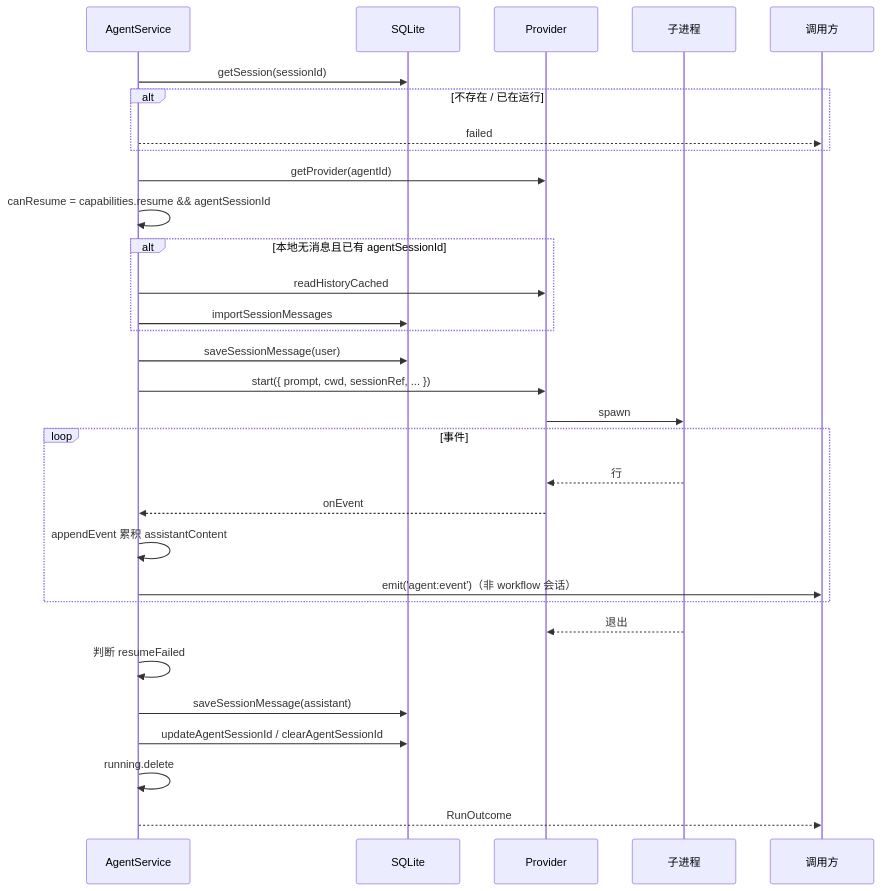
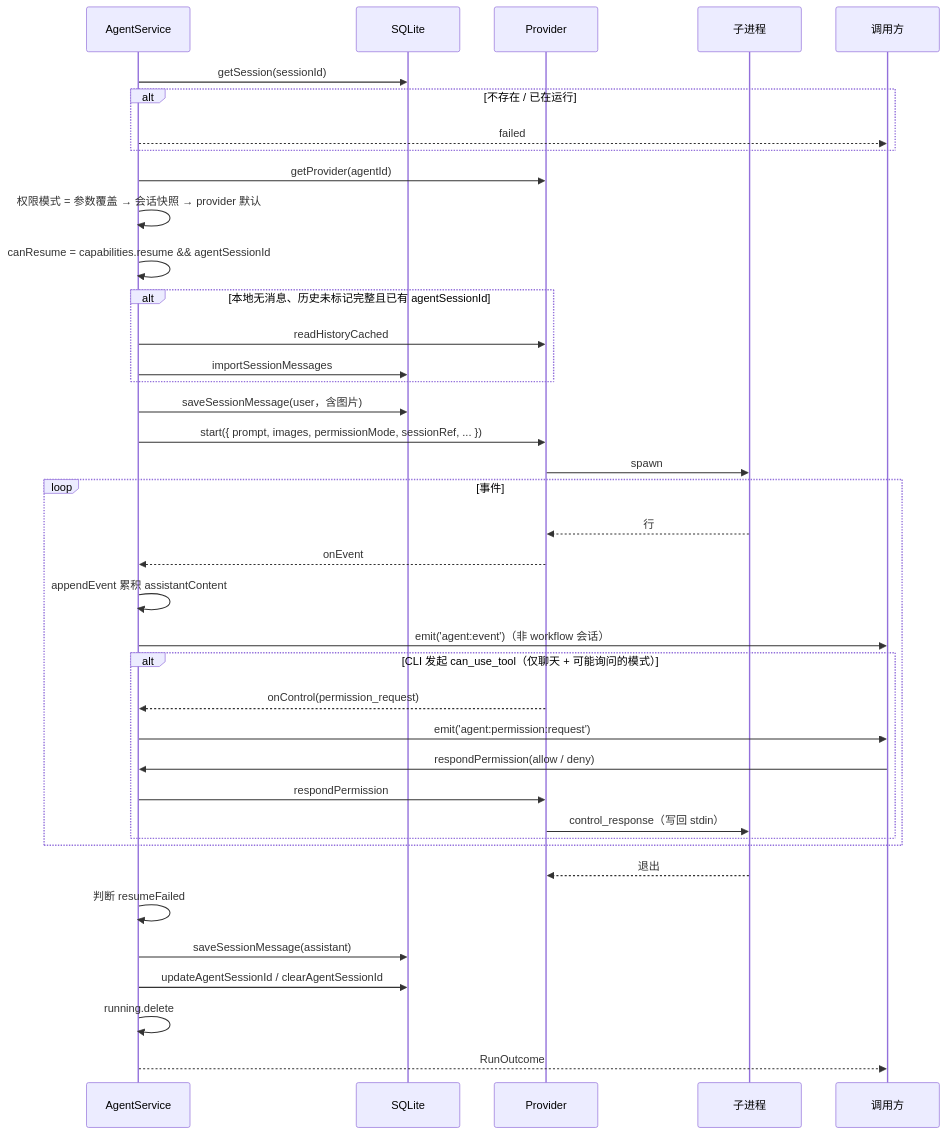
The second of 2 diagrams in docs/05-Agent运行时抽象.md (yangshunling/NovaStudio), drawn with Mermaid before and after one commit. The commit also changed other lines of this file and 66 other files, not shown here.

````diff
--- a/docs/05-Agent运行时抽象.md
+++ b/docs/05-Agent运行时抽象.md
@@ -512,33 +637,41 @@
 ```mermaid
 sequenceDiagram
   participant Svc as AgentService
   participant DB as SQLite
   participant P as Provider
   participant CLI as 子进程
 
   Svc->>DB: getSession(sessionId)
   alt 不存在 / 已在运行
     Svc-->>调用方: failed
   end
   Svc->>P: getProvider(agentId)
+  Svc->>Svc: 权限模式 = 参数覆盖 → 会话快照 → provider 默认
   Svc->>Svc: canResume = capabilities.resume && agentSessionId
-  alt 本地无消息且已有 agentSessionId
+  alt 本地无消息、历史未标记完整且已有 agentSessionId
     Svc->>P: readHistoryCached
     Svc->>DB: importSessionMessages
   end
-  Svc->>DB: saveSessionMessage(user)
-  Svc->>P: start({ prompt, cwd, sessionRef, ... })
+  Svc->>DB: saveSessionMessage(user，含图片)
+  Svc->>P: start({ prompt, images, permissionMode, sessionRef, ... })
   P->>CLI: spawn
   loop 事件
     CLI-->>P: 行
     P-->>Svc: onEvent
     Svc->>Svc: appendEvent 累积 assistantContent
     Svc->>调用方: emit('agent:event')（非 workflow 会话）
+    alt CLI 发起 can_use_tool（仅聊天 + 可能询问的模式）
+      P-->>Svc: onControl(permission_request)
+      Svc->>调用方: emit('agent:permission:request')
+      调用方->>Svc: respondPermission(allow / deny)
+      Svc->>P: respondPermission
+      P->>CLI: control_response（写回 stdin）
+    end
   end
   CLI-->>P: 退出
   Svc->>Svc: 判断 resumeFailed
   Svc->>DB: saveSessionMessage(assistant)
   Svc->>DB: updateAgentSessionId / clearAgentSessionId
   Svc->>Svc: running.delete
   Svc-->>调用方: RunOutcome
 ```
````
